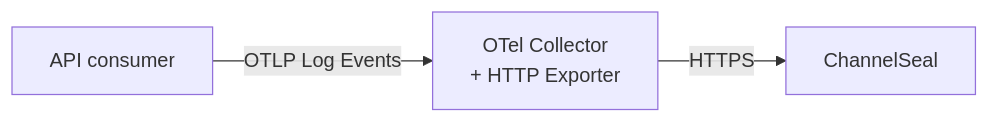
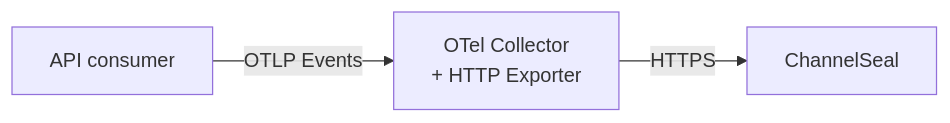
The fifth of 7 diagrams in otlp-collector/README.md (channelseal/integrations), drawn with Mermaid before and after one commit. The commit also changed other lines of this file, not shown here.

````diff
--- a/otlp-collector/README.md
+++ b/otlp-collector/README.md
@@ -129,4 +138,4 @@
 ```mermaid
 graph LR
-    A[API consumer]-->|OTLP Log Events|C[OTel Collector <br>+ HTTP Exporter] -->|HTTPS|S[ChannelSeal]
+    A[API consumer]-->|OTLP Events|C[OTel Collector <br>+ HTTP Exporter] -->|HTTPS|S[ChannelSeal]
 ```
````
